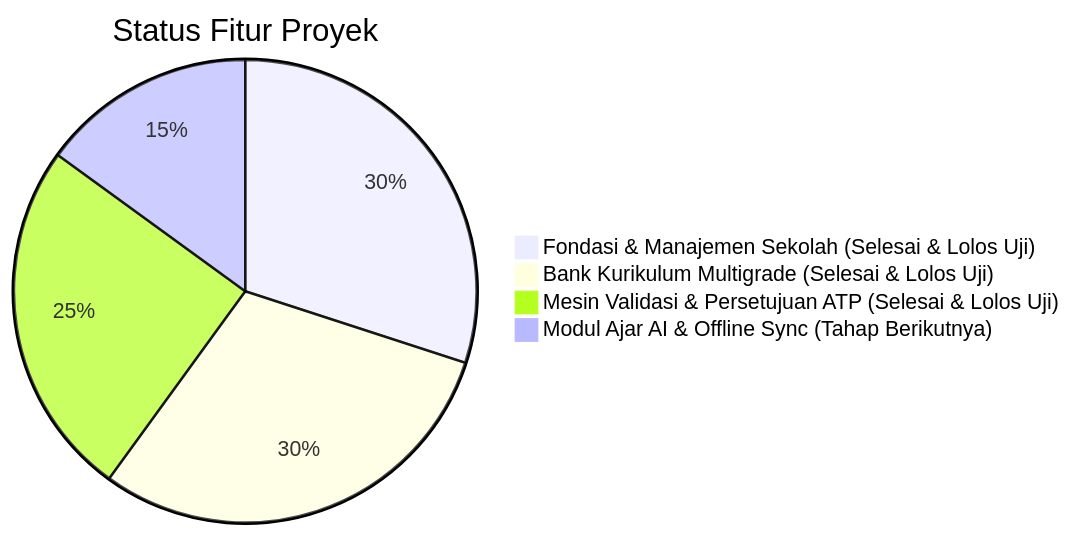
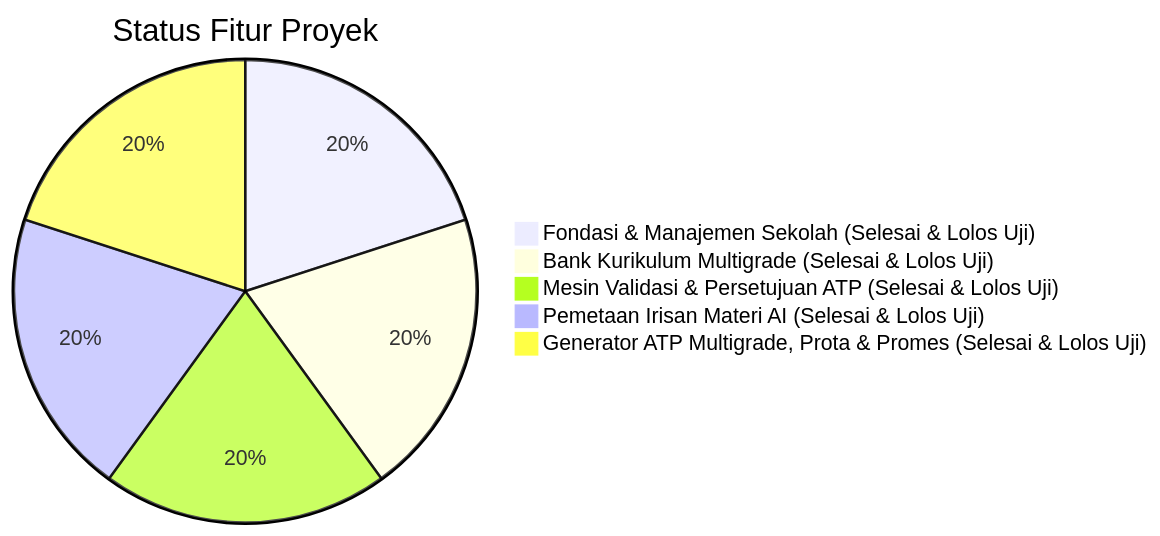
Before and after one commit to akhshodikin/Multigrade-Cerdas: the diagram in IMPLEMENTATION_STATUS.md, drawn with Mermaid. The commit also changed other lines of this file and 12 other files, not shown here.

Commit message:
feat(curriculum): implement multigrade ATP generator, Prota, Promes, calendar, and coverage audit

````diff
--- a/IMPLEMENTATION_STATUS.md
+++ b/IMPLEMENTATION_STATUS.md
@@ -10,7 +10,8 @@
 ```mermaid
 pie title Status Fitur Proyek
-    "Fondasi & Manajemen Sekolah (Selesai & Lolos Uji)" : 30
-    "Bank Kurikulum Multigrade (Selesai & Lolos Uji)" : 30
-    "Mesin Validasi & Persetujuan ATP (Selesai & Lolos Uji)" : 25
-    "Modul Ajar AI & Offline Sync (Tahap Berikutnya)" : 15
+    "Fondasi & Manajemen Sekolah (Selesai & Lolos Uji)" : 20
+    "Bank Kurikulum Multigrade (Selesai & Lolos Uji)" : 20
+    "Mesin Validasi & Persetujuan ATP (Selesai & Lolos Uji)" : 20
+    "Pemetaan Irisan Materi AI (Selesai & Lolos Uji)" : 20
+    "Generator ATP Multigrade, Prota & Promes (Selesai & Lolos Uji)" : 20
 ```
````
